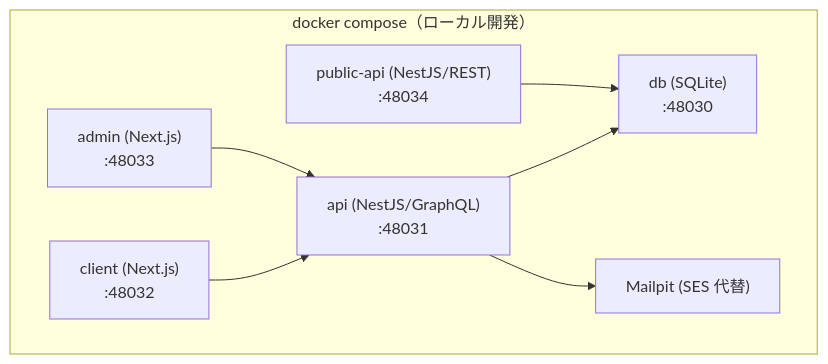
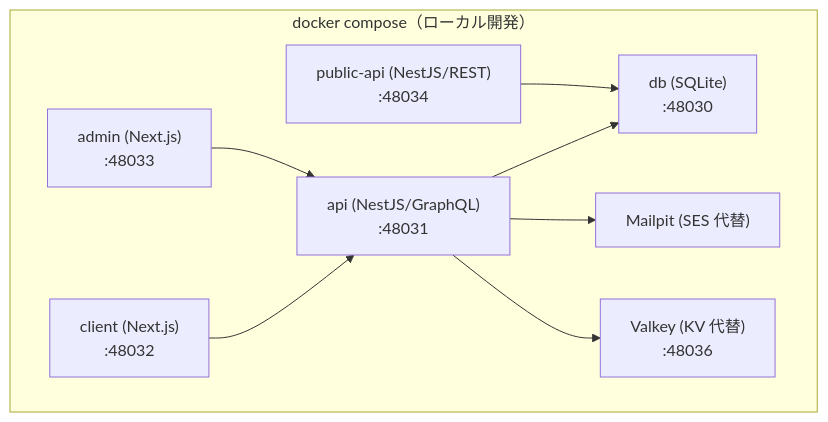
Before and after one commit to kurachiweb/genai-example-1-profile-community: the diagram in docs/GUIDES/coding/03-docker.md, drawn with Mermaid. The commit also changed other lines of this file and 32 other files, not shown here.

````diff
--- a/docs/GUIDES/coding/03-docker.md
+++ b/docs/GUIDES/coding/03-docker.md
@@ -18,16 +18,18 @@
 ```mermaid
 flowchart TB
     subgraph compose["docker compose（ローカル開発）"]
         DB["db (SQLite)<br/>:48030"]
         API["api (NestJS/GraphQL)<br/>:48031"]
         CLIENT["client (Next.js)<br/>:48032"]
         ADMIN["admin (Next.js)<br/>:48033"]
         PUBAPI["public-api (NestJS/REST)<br/>:48034"]
         MAIL["Mailpit (SES 代替)"]
+        VALKEY["Valkey (KV 代替)<br/>:48036"]
     end
     CLIENT --> API
     ADMIN --> API
     API --> DB
     PUBAPI --> DB
     API --> MAIL
+    API --> VALKEY
 ```
````
